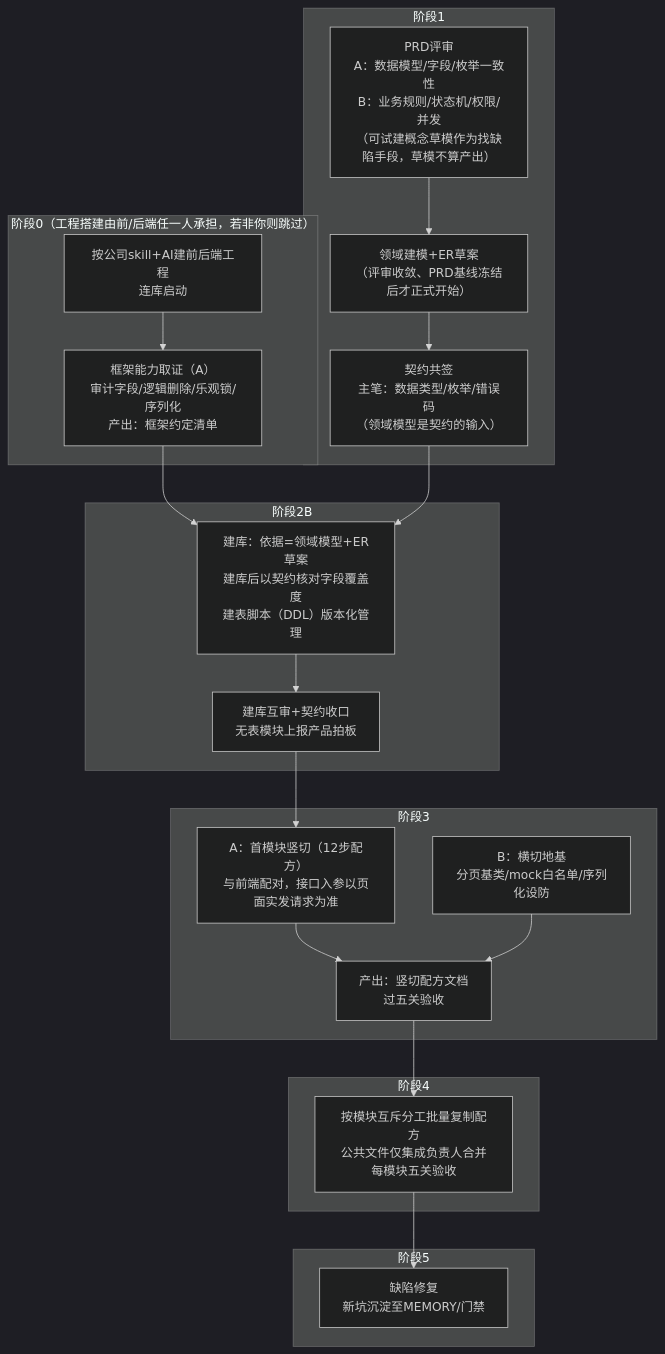
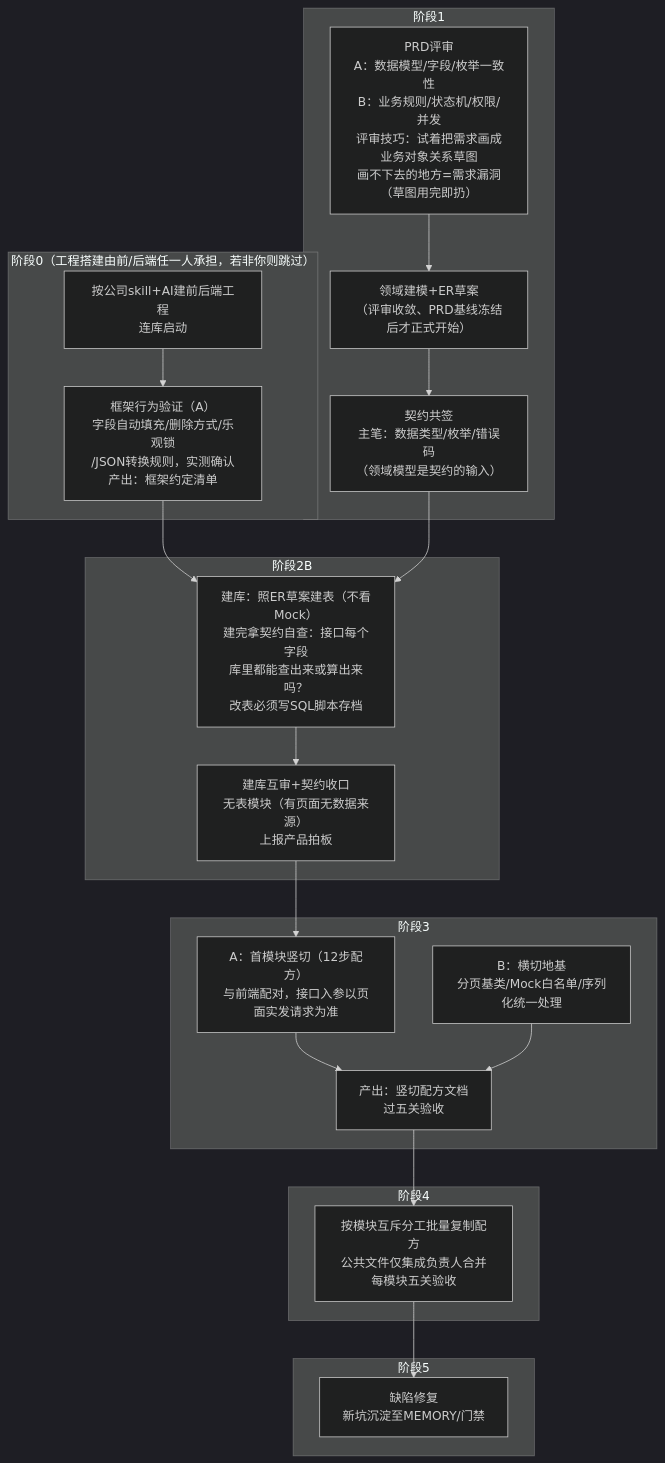
Before and after one commit to Woaini654321/efficiency-improvement: the fifth of 6 diagrams in 3.AI提效协同开发新模式：前后端分离项目全流程（流程图与说明）.md, drawn with Mermaid (dark theme). The commit also changed other lines of this file, not shown here.

````diff
--- a/3.AI提效协同开发新模式：前后端分离项目全流程（流程图与说明）.md
+++ b/3.AI提效协同开发新模式：前后端分离项目全流程（流程图与说明）.md
@@ -203,29 +204,29 @@
 ```mermaid
 flowchart TD
     subgraph B0["阶段0（工程搭建由前/后端任一人承担，若非你则跳过）"]
-        Q1["按公司skill+AI建前后端工程<br/>连库启动"] --> Q2["框架能力取证（A）<br/>审计字段/逻辑删除/乐观锁/序列化<br/>产出：框架约定清单"]
+        Q1["按公司skill+AI建前后端工程<br/>连库启动"] --> Q2["框架行为验证（A）<br/>字段自动填充/删除方式/乐观锁<br/>/JSON转换规则，实测确认<br/>产出：框架约定清单"]
     end
     subgraph BA["阶段1"]
-        Q3["PRD评审<br/>A：数据模型/字段/枚举一致性<br/>B：业务规则/状态机/权限/并发<br/>（可试建概念草模作为找缺陷手段，草模不算产出）"] --> Q4["领域建模+ER草案<br/>（评审收敛、PRD基线冻结后才正式开始）"]
+        Q3["PRD评审<br/>A：数据模型/字段/枚举一致性<br/>B：业务规则/状态机/权限/并发<br/>评审技巧：试着把需求画成业务对象关系草图<br/>画不下去的地方=需求漏洞（草图用完即扔）"] --> Q4["领域建模+ER草案<br/>（评审收敛、PRD基线冻结后才正式开始）"]
         Q4 --> Q5["契约共签<br/>主笔：数据类型/枚举/错误码<br/>（领域模型是契约的输入）"]
     end
     subgraph BB["阶段2B"]
-        Q6["建库：依据=领域模型+ER草案<br/>建库后以契约核对字段覆盖度<br/>建表脚本（DDL）版本化管理"] --> Q7["建库互审+契约收口<br/>无表模块上报产品拍板"]
+        Q6["建库：照ER草案建表（不看Mock）<br/>建完拿契约自查：接口每个字段<br/>库里都能查出来或算出来吗？<br/>改表必须写SQL脚本存档"] --> Q7["建库互审+契约收口<br/>无表模块（有页面无数据来源）<br/>上报产品拍板"]
     end
     subgraph BC["阶段3"]
         Q8["A：首模块竖切（12步配方）<br/>与前端配对，接口入参以页面实发请求为准"]
-        Q9["B：横切地基<br/>分页基类/mock白名单/序列化设防"]
+        Q9["B：横切地基<br/>分页基类/Mock白名单/序列化统一处理"]
         Q8 --> Q10["产出：竖切配方文档<br/>过五关验收"]
         Q9 --> Q10
     end
     subgraph BD["阶段4"]
         Q11["按模块互斥分工批量复制配方<br/>公共文件仅集成负责人合并<br/>每模块五关验收"]
     end
     subgraph BE["阶段5"]
         Q12["缺陷修复<br/>新坑沉淀至MEMORY/门禁"]
     end
     Q2 --> Q6
     Q5 --> Q6
     Q7 --> Q8
     Q10 --> Q11 --> Q12
 ```
````
